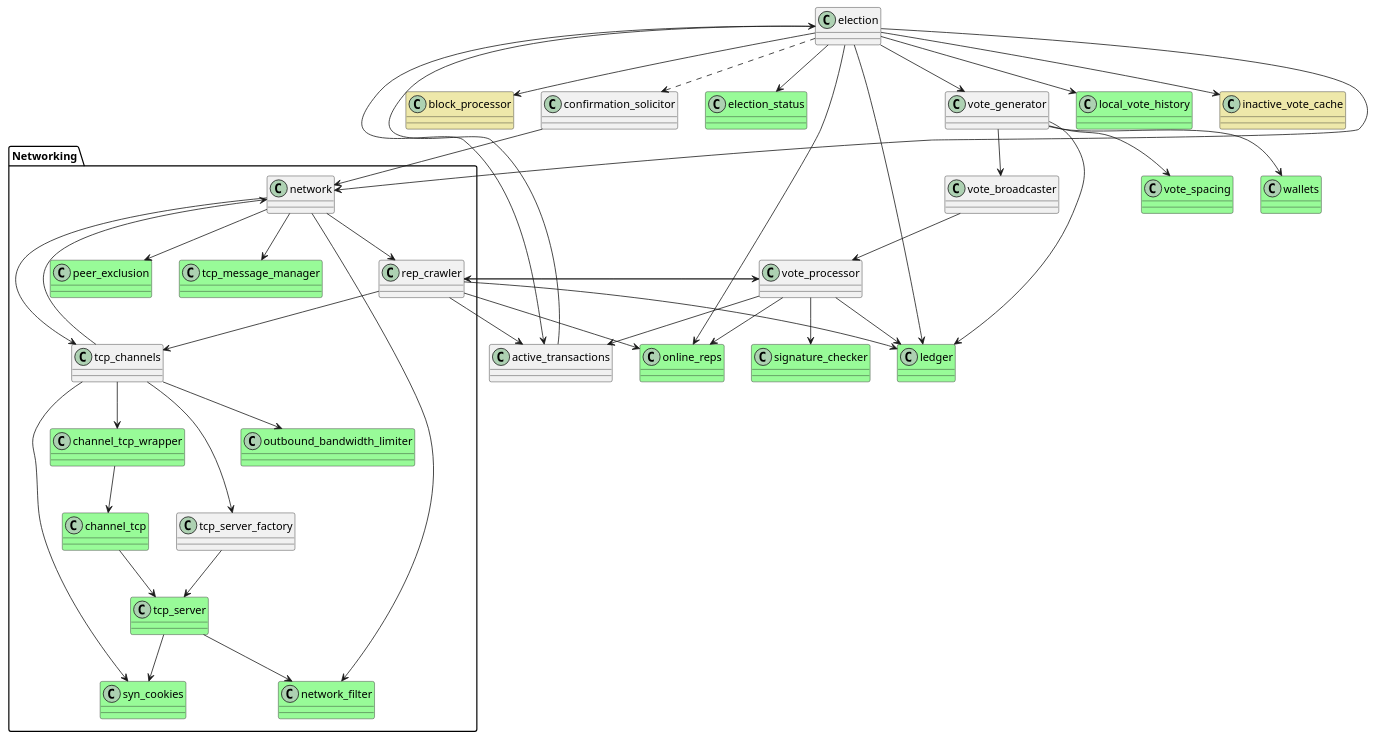
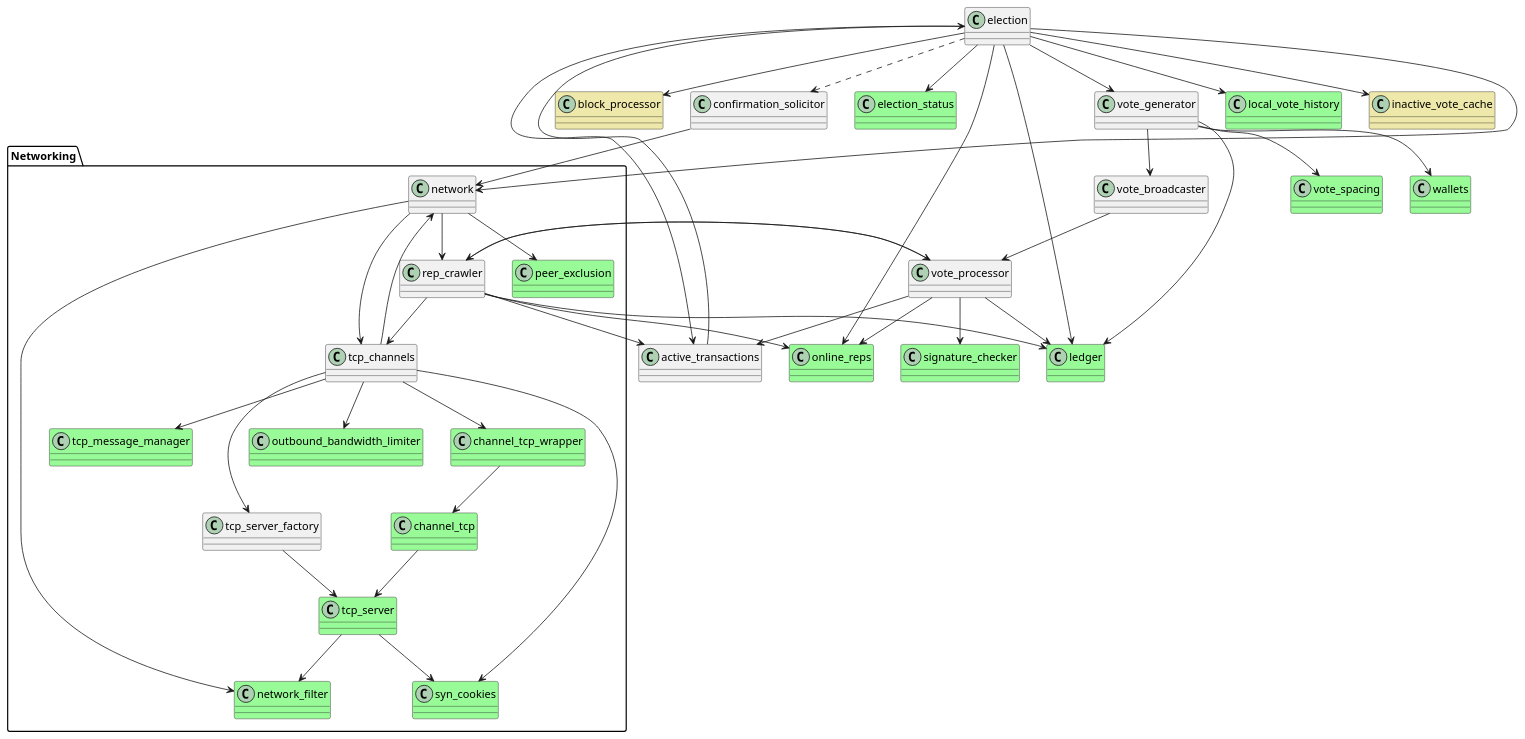
One commit to stjet/rsban-node changed the diagram in rust/doc/port_blockprocessor.puml. Above: the diagram before and after it, drawn with PlantUML. The commit also changed 6 other files, not shown here.

Commit message:
Refactor: break dependencies from tcp_channels to network

```diff
--- a/rust/doc/port_blockprocessor.puml
+++ b/rust/doc/port_blockprocessor.puml
@@ -1,84 +1,84 @@
 @startuml "Port Blockprocessor"
 class block_processor #PaleGoldenRod
 class active_transactions
 class election
 class confirmation_solicitor
 class election_status #PaleGreen
 class online_reps #PaleGreen
 class ledger #PaleGreen
 class vote_generator
 class vote_broadcaster
 class vote_processor
 class vote_spacing #PaleGreen
 class wallets #PaleGreen
 class local_vote_history #PaleGreen
 class inactive_vote_cache #PaleGoldenRod
 class signature_checker #PaleGreen
 
 package "Networking"{
 class network
 class rep_crawler
 class peer_exclusion #PaleGreen
 class tcp_message_manager #PaleGreen
 class channel_tcp_wrapper #PaleGreen
 class channel_tcp #PaleGreen
 class outbound_bandwidth_limiter #PaleGreen
 class syn_cookies #PaleGreen
 class tcp_server #PaleGreen
 class tcp_channels
 class tcp_server_factory
 class network_filter #PaleGreen
 }
 
 active_transactions --> election
 confirmation_solicitor --> network
 
 election --> active_transactions
 election --> election_status
 election --> online_reps
 election --> ledger
 election --> block_processor
 election --> vote_generator
 election --> network
 election --> local_vote_history
 election --> inactive_vote_cache
 election ..> confirmation_solicitor
 
 vote_generator --> vote_broadcaster
 vote_broadcaster --> vote_processor
 vote_generator --> vote_spacing
 vote_generator --> ledger
 vote_generator --> wallets
 
 vote_processor --> signature_checker
 vote_processor --> active_transactions
 vote_processor --> online_reps
 vote_processor --> rep_crawler 
 vote_processor --> ledger
 
 rep_crawler --> tcp_channels
 rep_crawler --> online_reps
 rep_crawler --> ledger
 rep_crawler --> active_transactions
 rep_crawler --> vote_processor
 
 network --> peer_exclusion
-network --> tcp_message_manager
 network --> network_filter
 network --> tcp_channels
 network --> rep_crawler
 
 tcp_channels --> tcp_server_factory
 tcp_channels --> outbound_bandwidth_limiter
 tcp_channels --> syn_cookies
 tcp_channels --> network
+tcp_channels --> tcp_message_manager
 tcp_channels --> channel_tcp_wrapper
 
 tcp_server_factory --> tcp_server
 tcp_server --> syn_cookies
 tcp_server --> network_filter
 
 channel_tcp_wrapper --> channel_tcp
 channel_tcp --> tcp_server
 
 @enduml
```
